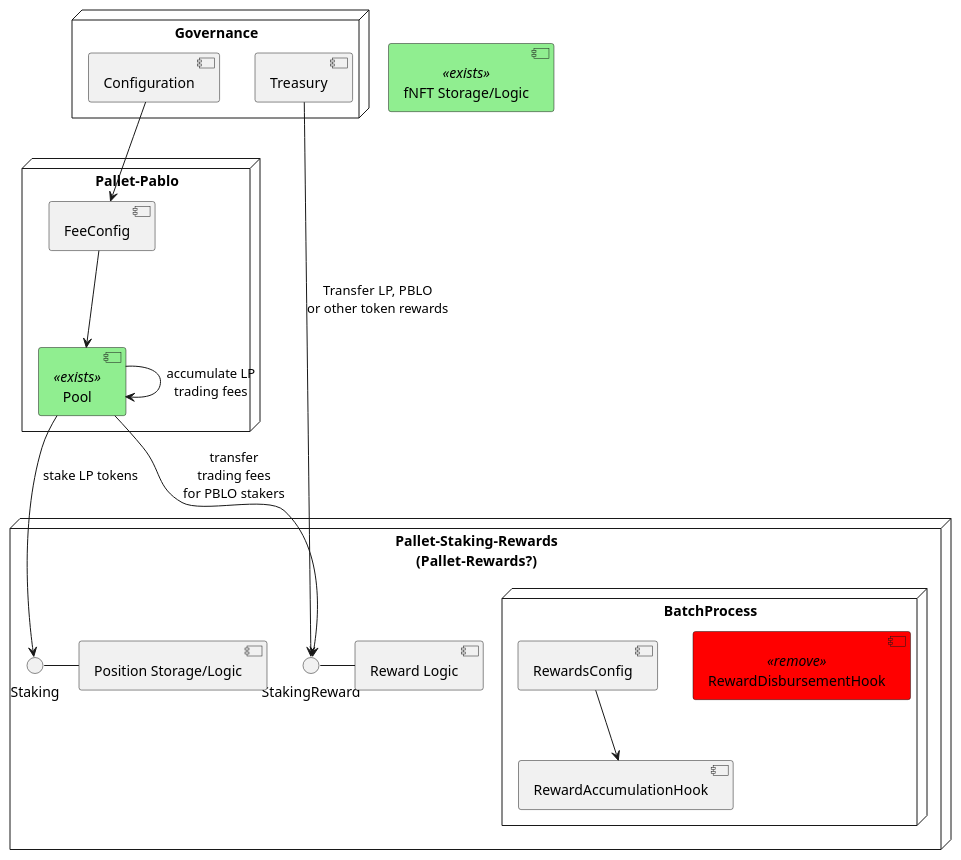
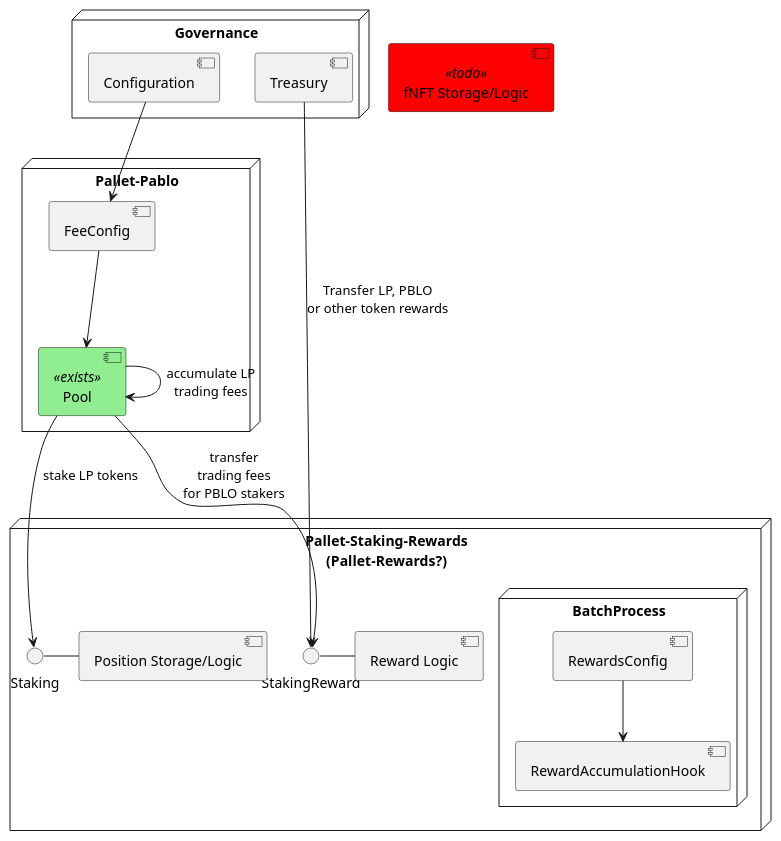
Before and after one commit to ComposableFi/composable: the second of 9 diagrams in rfcs/0005-pablo-distribution-assets/0005-pablo-distribution.adoc, drawn with PlantUML. The commit also changed other lines of this file and 18 other files, not shown here.

```diff
--- a/rfcs/0005-pablo-distribution-assets/0005-pablo-distribution.adoc
+++ b/rfcs/0005-pablo-distribution-assets/0005-pablo-distribution.adoc
@@ -145,34 +151,33 @@
 [plantuml,images/pablo-distribution-verview,png]
 ----
 skinparam component {
   backgroundColor<<exists>> LightGreen
-  backgroundColor<<remove>> Red
+  backgroundColor<<todo>> Red
 }
 
 node "Pallet-Staking-Rewards\n(Pallet-Rewards?)" {
     StakingReward - [Reward Logic]
     Staking - [Position Storage/Logic]
     Node "BatchProcess" {
-        [RewardDisbursementHook]
         [RewardsConfig] --> [RewardAccumulationHook]
     }
 }
 
-[fNFT Storage/Logic] <<exists>>
-[RewardDisbursementHook] <<remove>>
+[fNFT Storage/Logic] <<todo>>
+
 
 node "Pallet-Pablo" {
     [Pool] --> StakingReward : transfer\ntrading fees\nfor PBLO stakers
     [Pool] --> Staking : stake LP tokens
     [Pool] --> [Pool] : accumulate LP\ntrading fees
     [FeeConfig] --> [Pool]
 }
 
 [Pool] <<exists>>
 
 
 node "Governance" {
     [Configuration] --> [FeeConfig]
     [Treasury]--> StakingReward: Transfer LP, PBLO\nor other token rewards
 }
 ----
```
